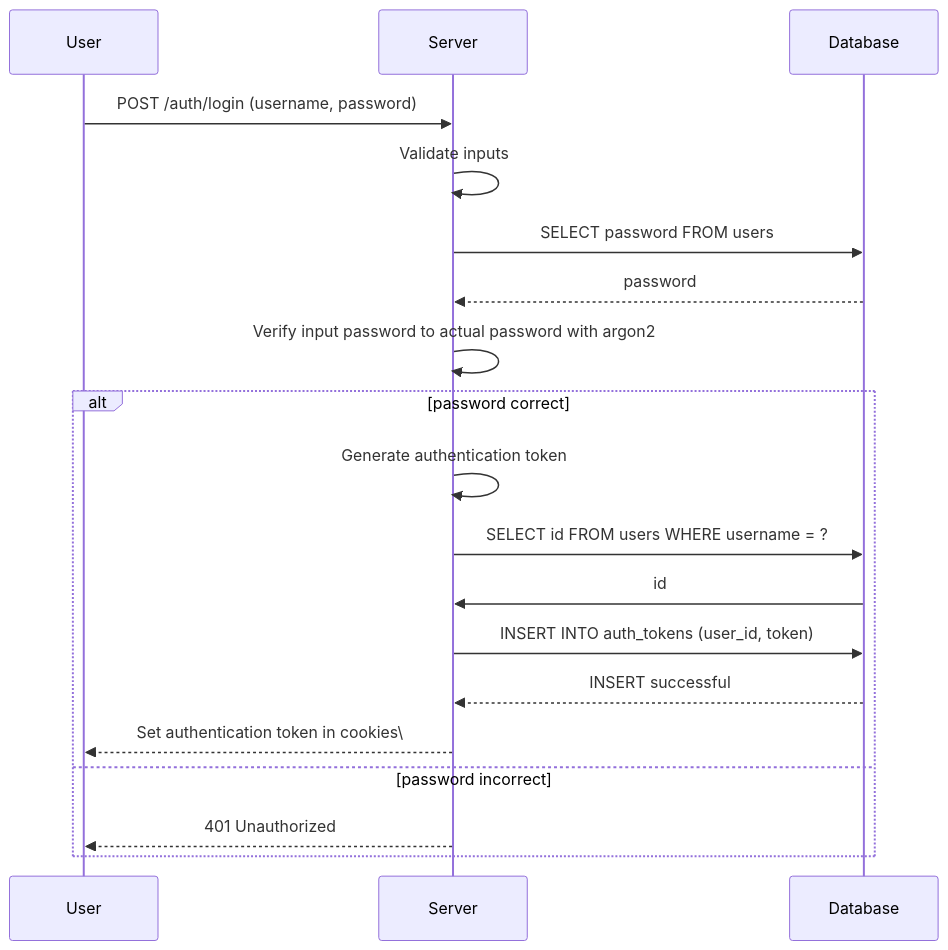
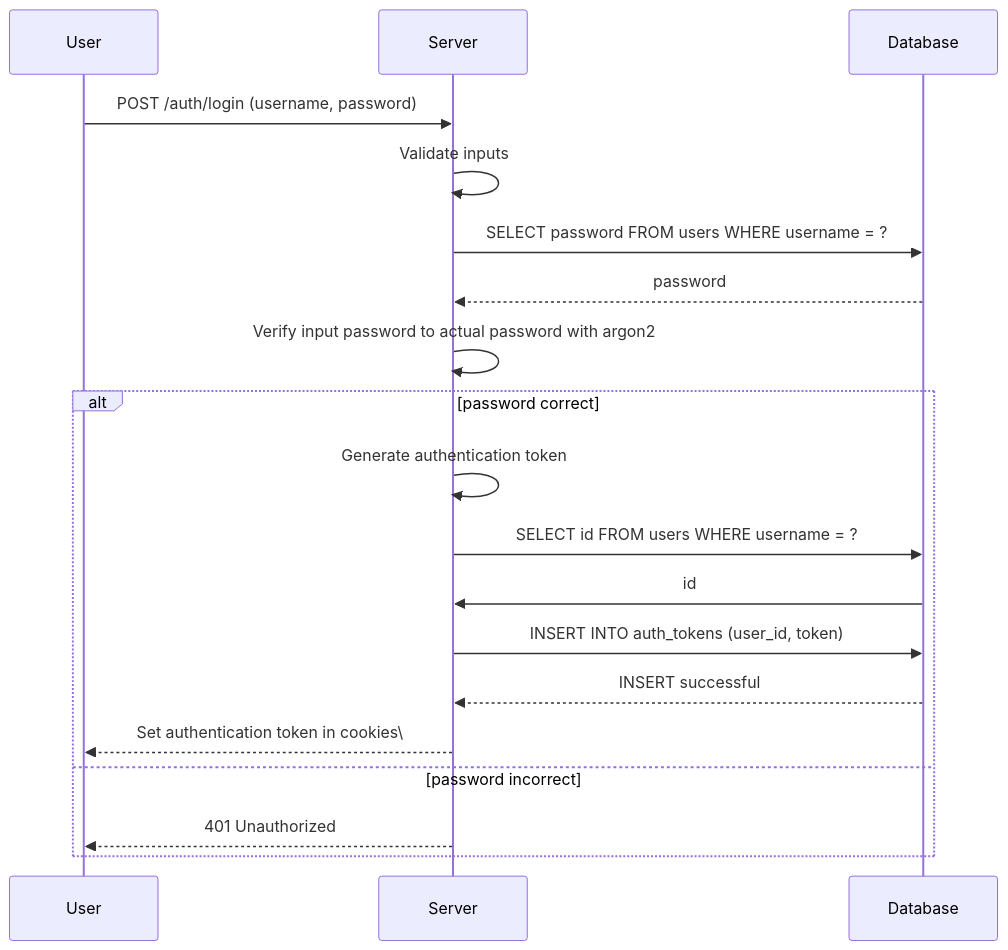
The second of 2 diagrams in README.md (Save-Points/SavePoints), drawn with Mermaid before and after one commit.

Commit message:
slight mermaid tweak

````diff
--- a/README.md
+++ b/README.md
@@ -337,22 +337,22 @@
 ```mermaid
 sequenceDiagram
     participant U as User
     participant S as Server
     participant DB as Database
 
     U->>S: POST /auth/login (username, password)
     S->>S: Validate inputs
-    S->>DB: SELECT password FROM users
+    S->>DB: SELECT password FROM users WHERE username = ?
     DB-->>S: password
     S->>S: Verify input password to actual password with argon2
     alt password correct
         S->>S: Generate authentication token
         S->>DB: SELECT id FROM users WHERE username = ?
         DB->>S: id
         S->>DB: INSERT INTO auth_tokens (user_id, token)
         DB-->>S: INSERT successful
         S-->>U: Set authentication token in cookies\
     else password incorrect
         S-->>U: 401 Unauthorized
     end
 ```
````
